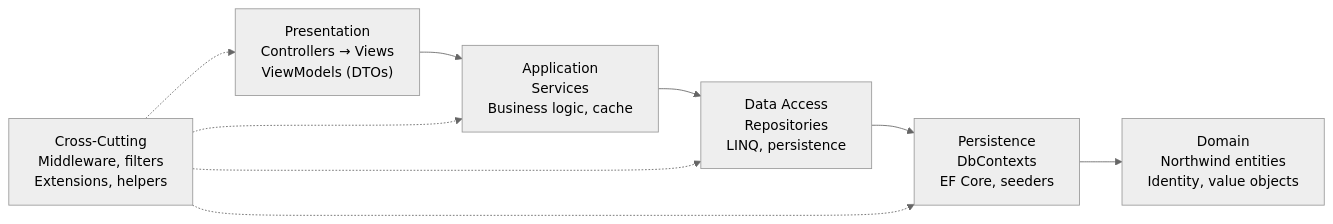
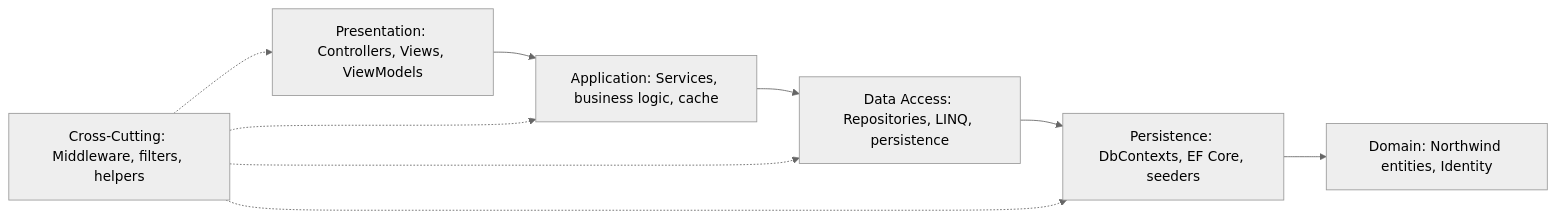
The diagram in README.md (jeffersonmejia/north-taks1-p3), drawn with Mermaid (neutral theme) before and after one commit.

Commit message:
fix: use graph LR and plain labels for GitHub Mermaid compat

````diff
--- a/README.md
+++ b/README.md
@@ -45,15 +45,15 @@
 ```mermaid
-flowchart LR
-  P["Presentation<br/>Controllers → Views<br/>ViewModels (DTOs)"]
-  App["Application<br/>Services<br/>Business logic, cache"]
-  DAL["Data Access<br/>Repositories<br/>LINQ, persistence"]
-  Per["Persistence<br/>DbContexts<br/>EF Core, seeders"]
-  Dom["Domain<br/>Northwind entities<br/>Identity, value objects"]
-  XCut["Cross-Cutting<br/>Middleware, filters<br/>Extensions, helpers"]
+graph LR
+  P["Presentation: Controllers, Views, ViewModels"]
+  App["Application: Services, business logic, cache"]
+  DAL["Data Access: Repositories, LINQ, persistence"]
+  Per["Persistence: DbContexts, EF Core, seeders"]
+  Dom["Domain: Northwind entities, Identity"]
+  XCut["Cross-Cutting: Middleware, filters, helpers"]
 
   P --> App --> DAL --> Per --> Dom
   XCut -.-> P
   XCut -.-> App
   XCut -.-> DAL
   XCut -.-> Per
 ```
````
